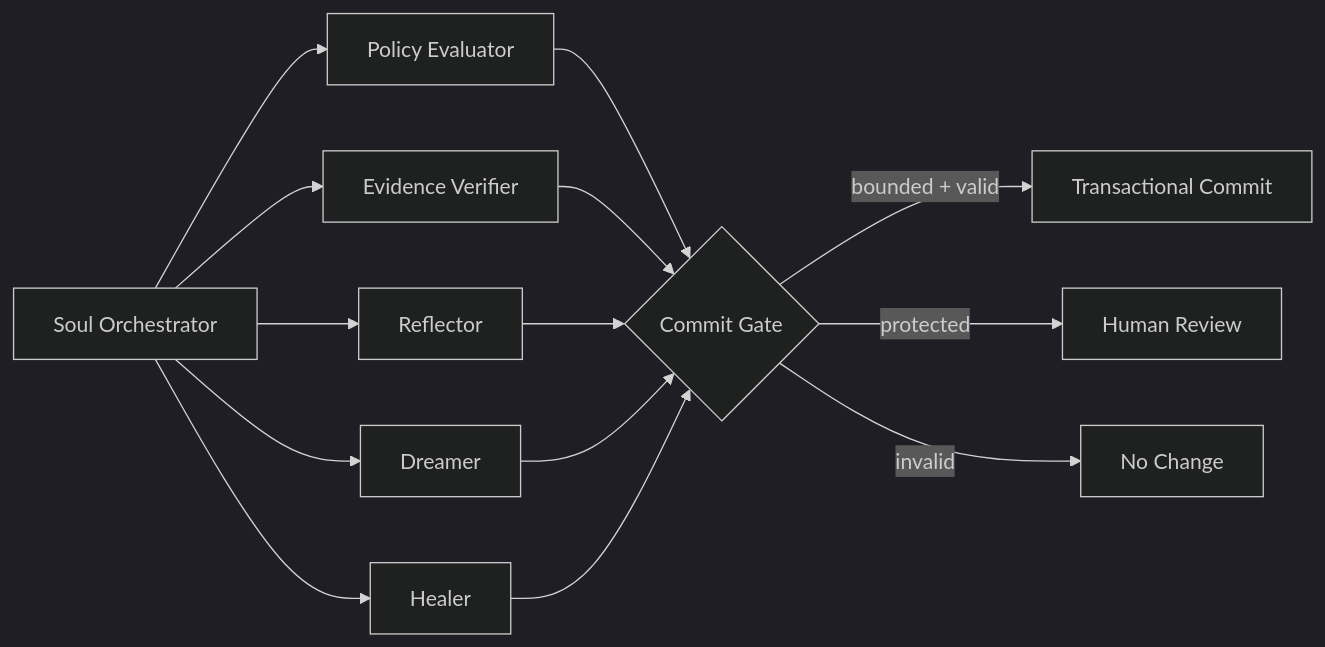
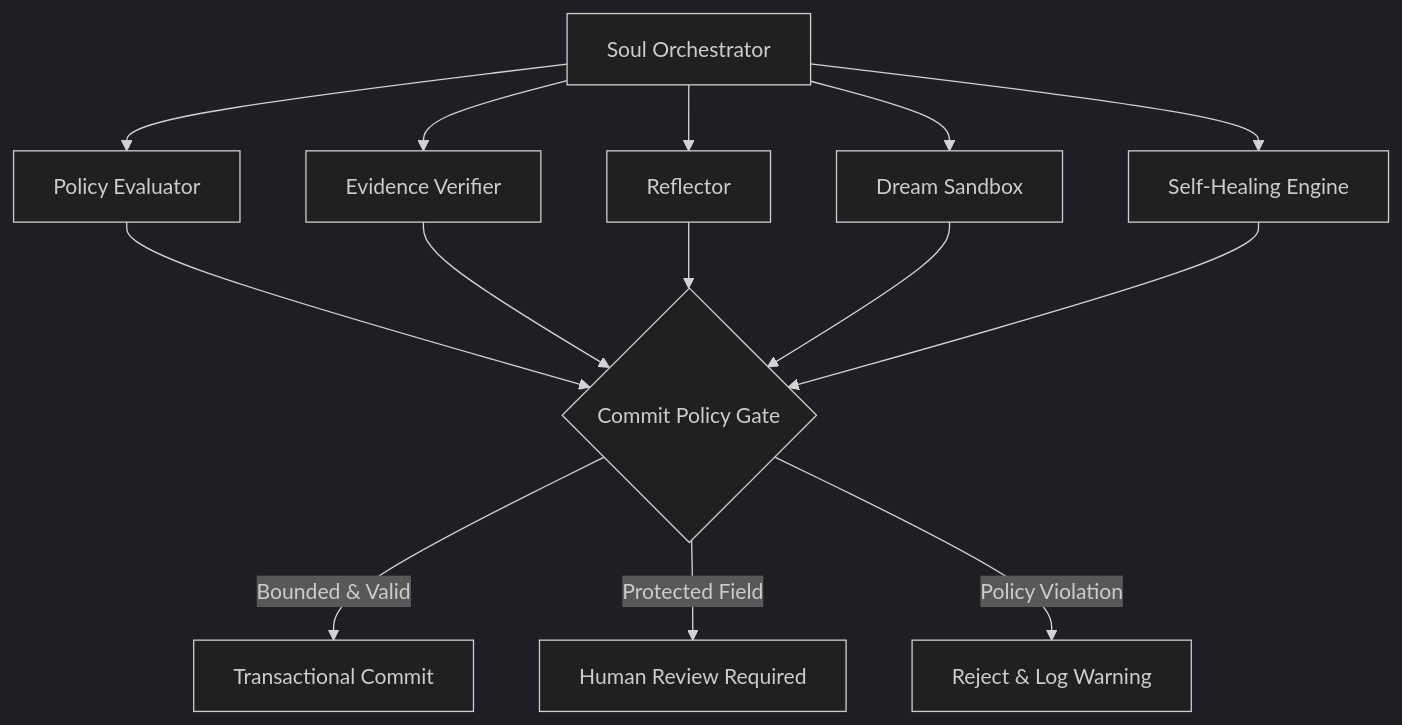
One commit to Azhonaras/soul-engine changed the eighth of 8 diagrams in docs/ARCHITECTURE.md. Above: the diagram before and after it, drawn with Mermaid (dark theme). The commit also changed other lines of this file and 32 other files, not shown here.

First line of the commit message:
feat(release): v1.1.0 - Human Review Cycle Governance, ISO Verification & Benchmark Suite

````diff
--- a/docs/ARCHITECTURE.md
+++ b/docs/ARCHITECTURE.md
@@ -556,16 +553,20 @@
 ```mermaid
-flowchart LR
-    O[Soul Orchestrator] --> P[Policy Evaluator]
-    O --> V[Evidence Verifier]
-    O --> R[Reflector]
-    O --> D[Dreamer]
-    O --> H[Healer]
-    P --> G{Commit Gate}
+flowchart TD
+    O["Soul Orchestrator"]
+    
+    O --> P["Policy Evaluator"]
+    O --> V["Evidence Verifier"]
+    O --> R["Reflector"]
+    O --> D["Dream Sandbox"]
+    O --> H["Self-Healing Engine"]
+    
+    P --> G{"Commit Policy Gate"}
     V --> G
     R --> G
     D --> G
     H --> G
-    G -->|bounded + valid| C[Transactional Commit]
-    G -->|protected| U[Human Review]
-    G -->|invalid| N[No Change]
+    
+    G -->|Bounded & Valid| C["Transactional Commit"]
+    G -->|Protected Field| U["Human Review Required"]
+    G -->|Policy Violation| N["Reject & Log Warning"]
 ```
````
